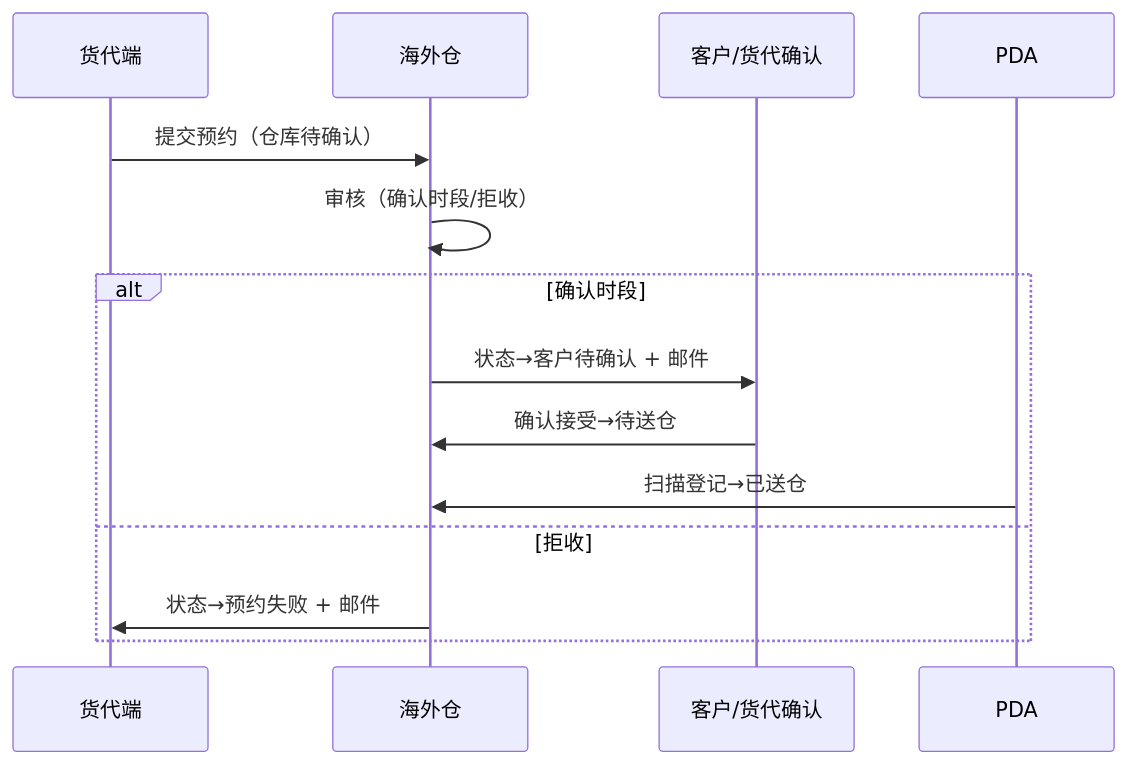
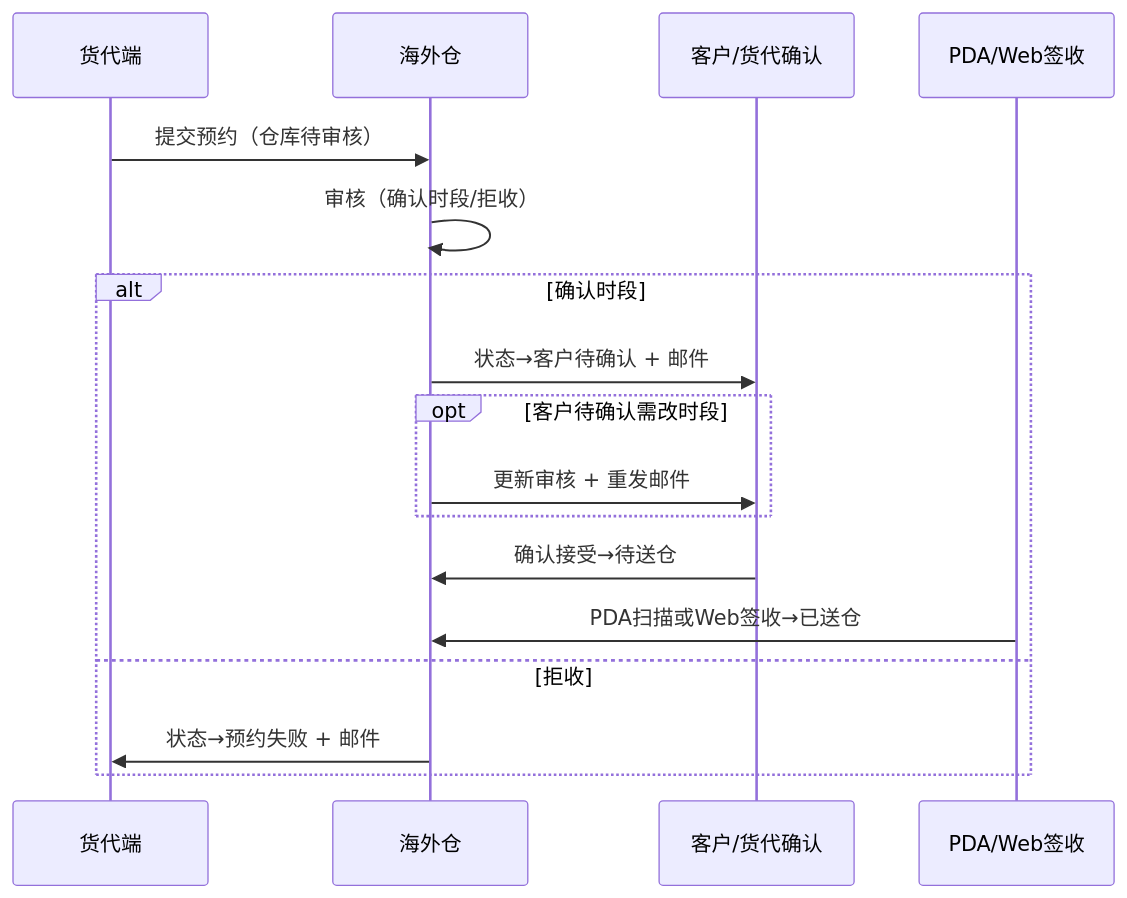
The second of 2 diagrams in docs/海外仓预约送仓需求文档.md (changkimfung/WedoBooking), drawn with Mermaid before and after one commit. The commit also changed other lines of this file and 181 other files, not shown here.

````diff
--- a/docs/海外仓预约送仓需求文档.md
+++ b/docs/海外仓预约送仓需求文档.md
@@ -524,17 +599,20 @@
 ```mermaid
 sequenceDiagram
     participant FG as 货代端
     participant US as 海外仓
     participant CU as 客户/货代确认
-    participant PDA as PDA
+    participant PDA as PDA/Web签收
 
-    FG->>US: 提交预约（仓库待确认）
+    FG->>US: 提交预约（仓库待审核）
     US->>US: 审核（确认时段/拒收）
     alt 确认时段
         US->>CU: 状态→客户待确认 + 邮件
+        opt 客户待确认需改时段
+            US->>CU: 更新审核 + 重发邮件
+        end
         CU->>US: 确认接受→待送仓
-        PDA->>US: 扫描登记→已送仓
+        PDA->>US: PDA扫描或Web签收→已送仓
     else 拒收
         US->>FG: 状态→预约失败 + 邮件
     end
 ```
````
